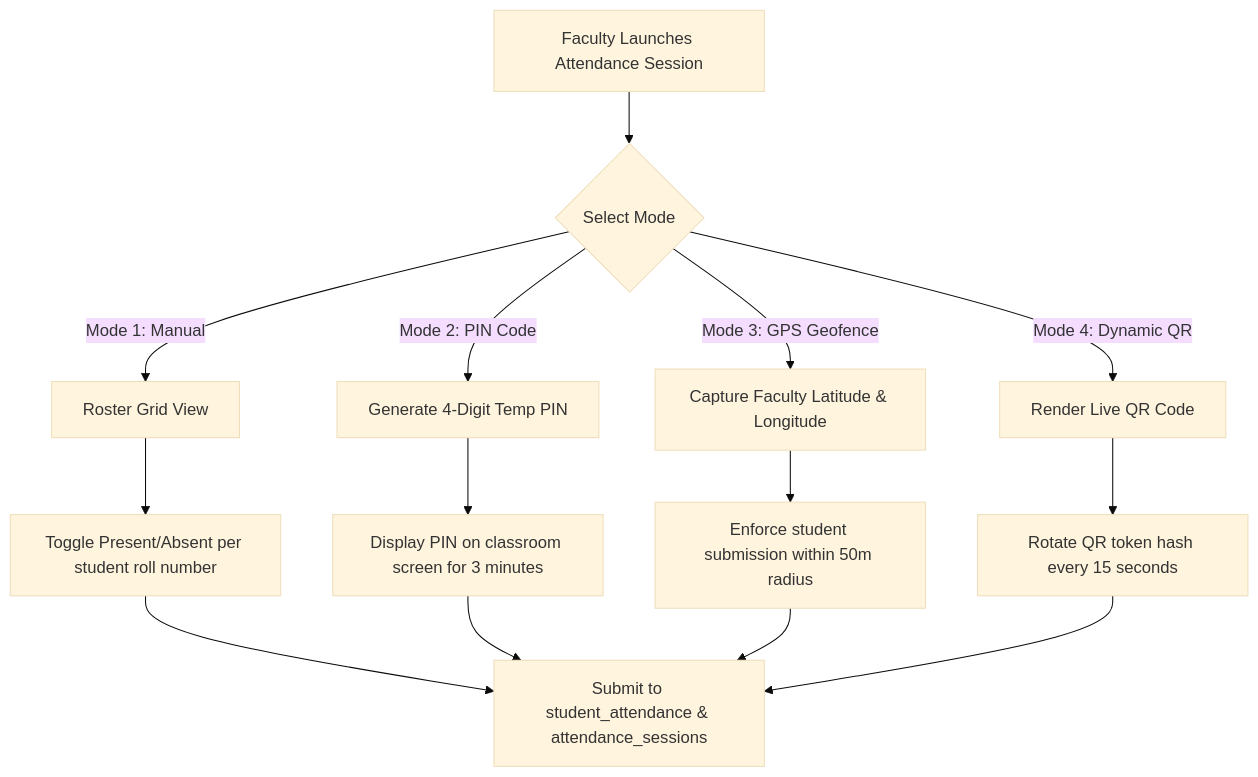
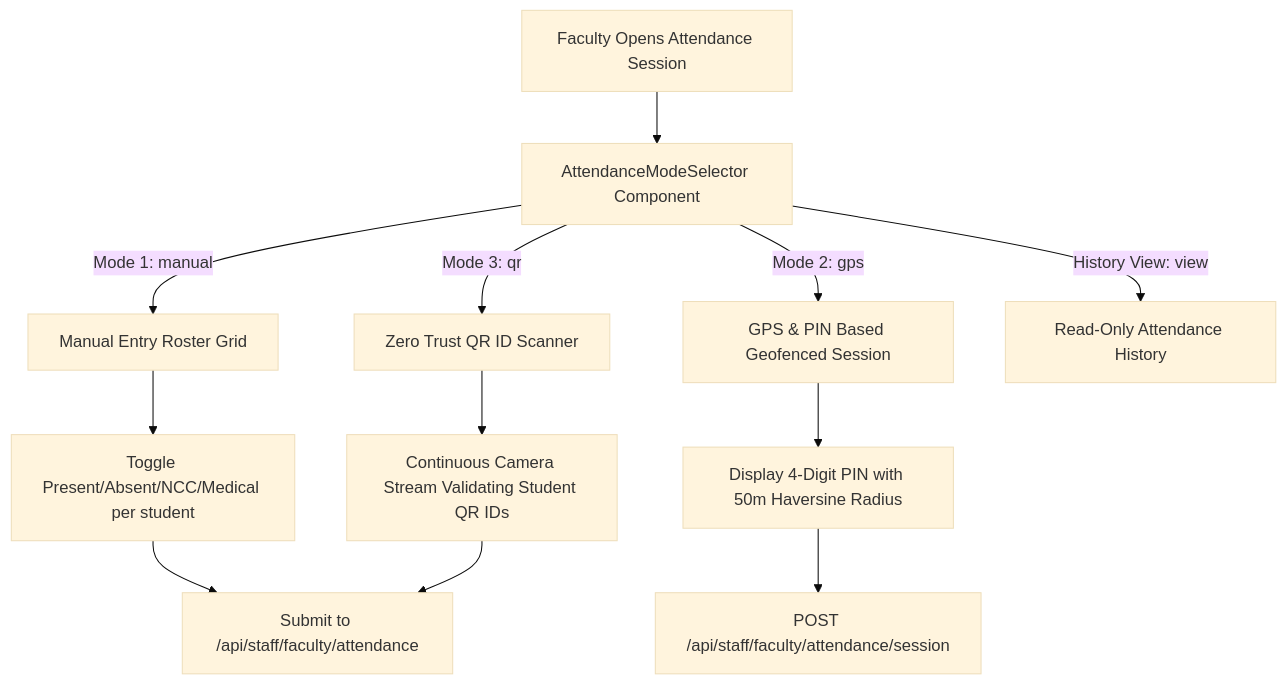
The diagram in DOCUMENTATION/pages/faculty-pages.md (GouthamA15/KUCET_College_Management_System), drawn with Mermaid (base theme) before and after one commit. The commit also changed other lines of this file and 6 other files, not shown here.

````diff
--- a/DOCUMENTATION/pages/faculty-pages.md
+++ b/DOCUMENTATION/pages/faculty-pages.md
@@ -149,21 +149,19 @@
 ```mermaid
 flowchart TD
-    A[Faculty Launches Attendance Session] --> B{Select Mode}
+    A[Faculty Opens Attendance Session] --> B[AttendanceModeSelector Component]
     
-    B -->|Mode 1: Manual| C[Roster Grid View]
-    C --> C1[Toggle Present/Absent per student roll number]
+    B -->|Mode 1: manual| C[Manual Entry Roster Grid]
+    C --> C1[Toggle Present/Absent/NCC/Medical per student]
     
-    B -->|Mode 2: PIN Code| D[Generate 4-Digit Temp PIN]
-    D --> D1[Display PIN on classroom screen for 3 minutes]
+    B -->|Mode 2: gps| D[GPS & PIN Based Geofenced Session]
+    D --> D1[Display 4-Digit PIN with 50m Haversine Radius]
     
-    B -->|Mode 3: GPS Geofence| E[Capture Faculty Latitude & Longitude]
-    E --> E1[Enforce student submission within 50m radius]
+    B -->|Mode 3: qr| E[Zero Trust QR ID Scanner]
+    E --> E1[Continuous Camera Stream Validating Student QR IDs]
     
-    B -->|Mode 4: Dynamic QR| F[Render Live QR Code]
-    F --> F1[Rotate QR token hash every 15 seconds]
+    B -->|History View: view| F[Read-Only Attendance History]
     
-    C1 --> G[Submit to student_attendance & attendance_sessions]
-    D1 --> G
+    C1 --> G[Submit to /api/staff/faculty/attendance]
+    D1 --> H[POST /api/staff/faculty/attendance/session]
     E1 --> G
-    F1 --> G
 ```
````
